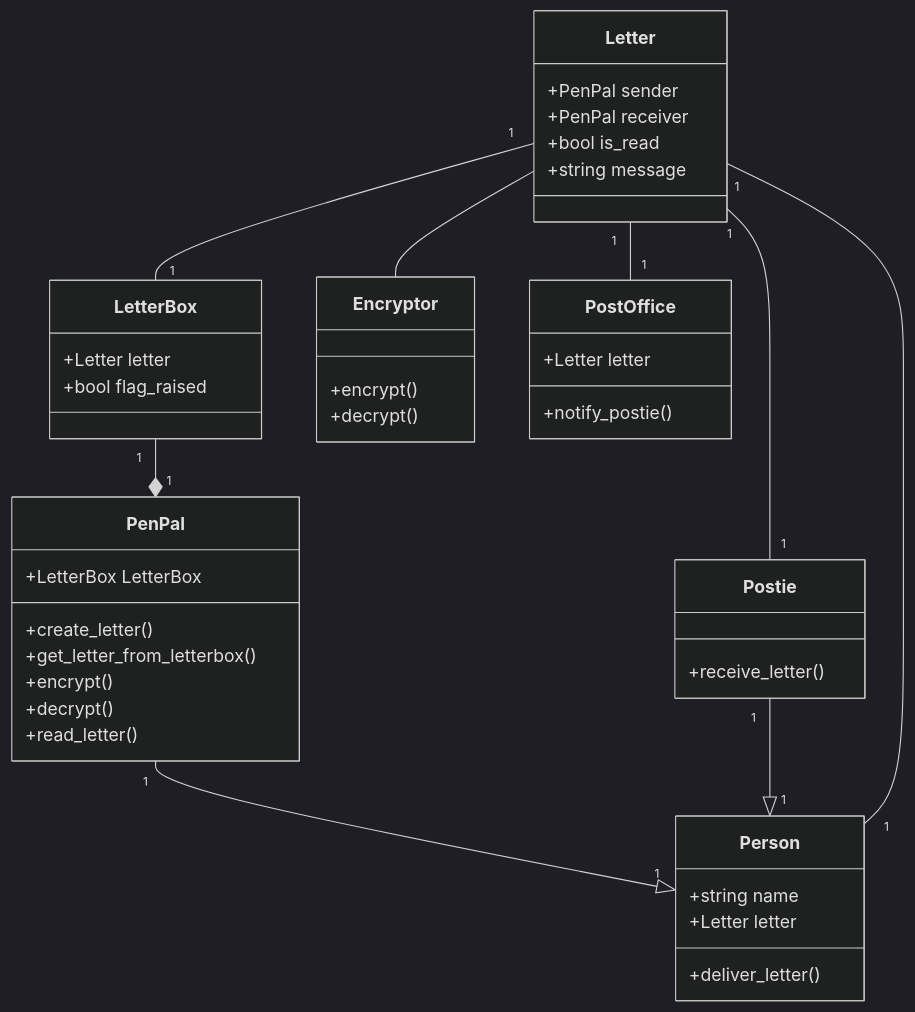
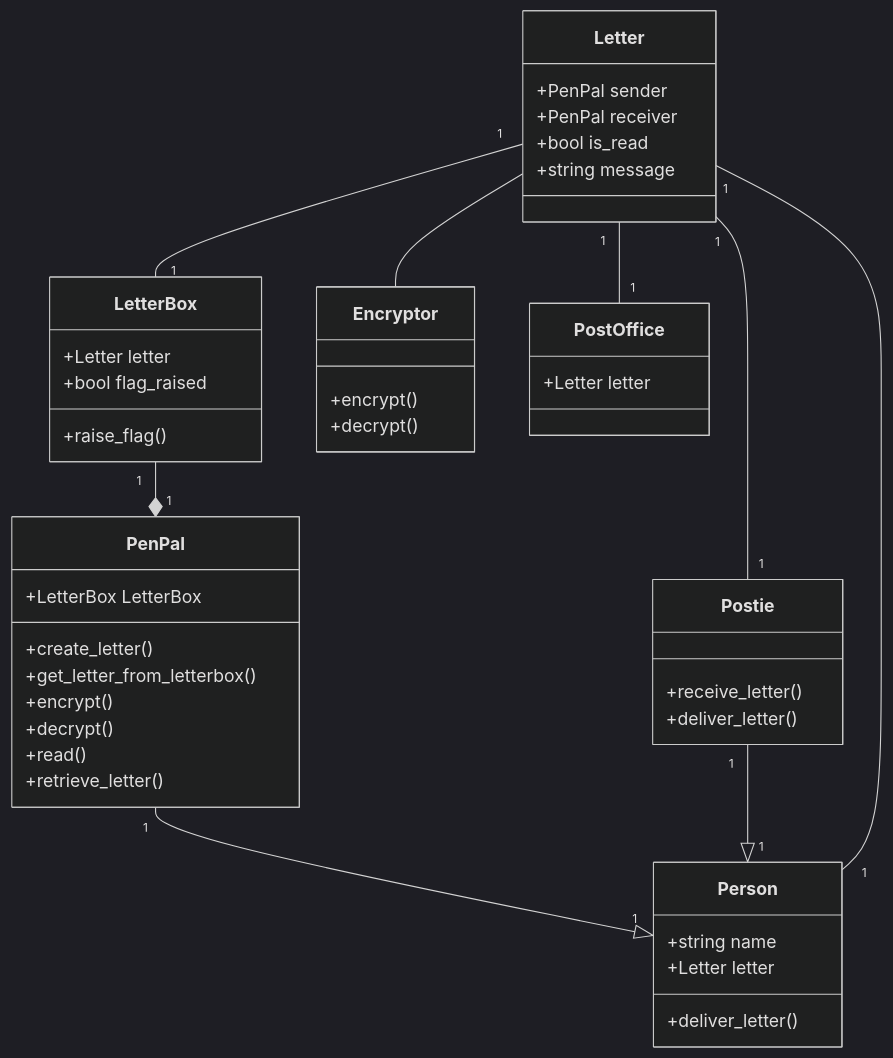
Before and after one commit to PiIsGud/applied_py_task_03: the diagram in ReadMe.md, drawn with Mermaid (dark theme). The commit also changed 9 other files, not shown here.

````diff
--- a/ReadMe.md
+++ b/ReadMe.md
@@ -13,54 +13,56 @@
 ```mermaid
 classDiagram
     PenPal "1" --|> "1" Person
     Postie "1" --|> "1" Person
     LetterBox "1" --* "1" PenPal
     Letter "1" -- "1" LetterBox
     Letter "1" -- "1" Postie
     Letter "1" -- "1" Person
     Letter -- Encryptor
     Letter "1" -- "1" PostOffice
     
     
     class Person{
         +string name
         +Letter letter
         +deliver_letter()
     }
     
     class PenPal{
         +LetterBox LetterBox
         +create_letter()
         +get_letter_from_letterbox()
         +encrypt()
         +decrypt()
-        +read_letter()
+        +read()
+        +retrieve_letter()
     }
     
     
     class Postie{
         +receive_letter()
+        +deliver_letter()
     }
     
     class LetterBox{
         +Letter letter
         +bool flag_raised
+        +raise_flag()
     }
     
     class Letter{
         +PenPal sender
         +PenPal receiver
         +bool is_read
         +string message
     }
     
     class Encryptor{
         +encrypt()
         +decrypt()
     }
     
     class PostOffice{
         +Letter letter
-        +notify_postie()
     }
 ```
````
